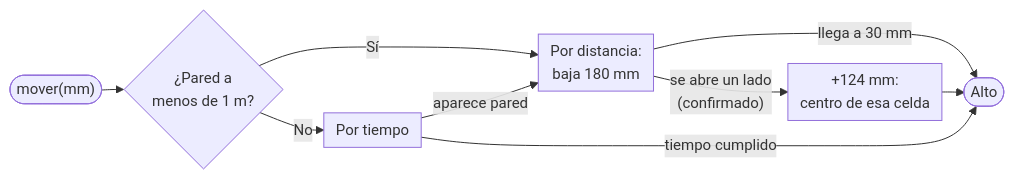
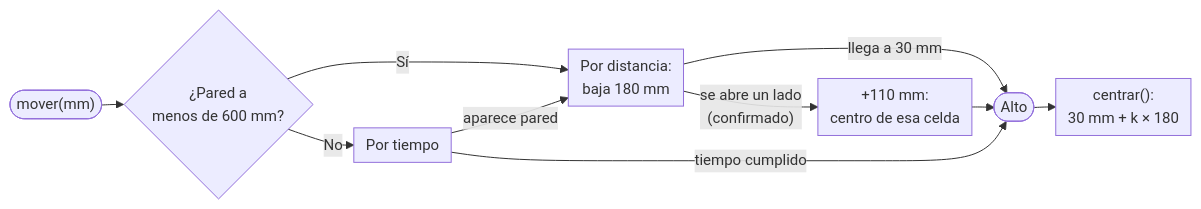
One commit to Happenedspice17/sumo-v-ia changed the second of 3 diagrams in docs/manual_jueces.md. Above: the diagram before and after it, drawn with Mermaid. The commit also changed other lines of this file and 9 other files, not shown here.

````diff
--- a/docs/manual_jueces.md
+++ b/docs/manual_jueces.md
@@ -132,12 +133,13 @@
 ```mermaid
 %%{init: {'flowchart': {'nodeSpacing': 18, 'rankSpacing': 22, 'padding': 6}, 'themeVariables': {'fontSize': '15px'}}}%%
 flowchart LR
-  A(["mover(mm)"]) --> B{"¿Pared a<br/>menos de 1 m?"}
+  A(["mover(mm)"]) --> B{"¿Pared a<br/>menos de 600 mm?"}
   B -- Sí --> D["Por distancia:<br/>baja 180 mm"]
   B -- No --> T["Por tiempo"]
   T -- aparece pared --> D
-  D -- "se abre un lado<br/>(confirmado)" --> S["+124 mm:<br/>centro de esa celda"]
+  D -- "se abre un lado<br/>(confirmado)" --> S["+110 mm:<br/>centro de esa celda"]
   D -- "llega a 30 mm" --> F(["Alto"])
   S --> F
   T -- tiempo cumplido --> F
+  F --> C["centrar():<br/>30 mm + k × 180"]
 ```
````
